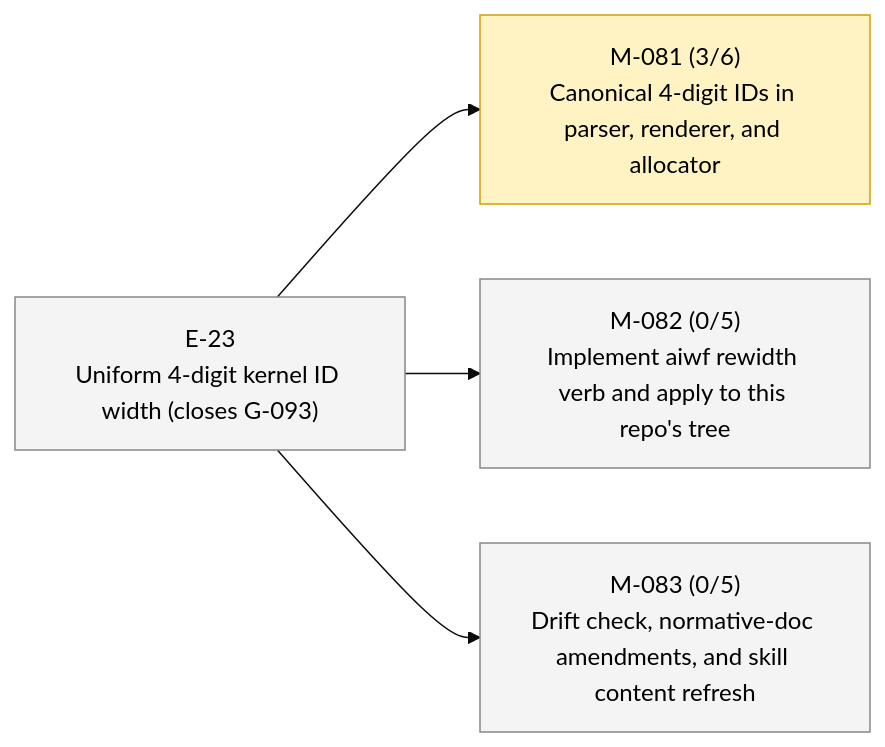
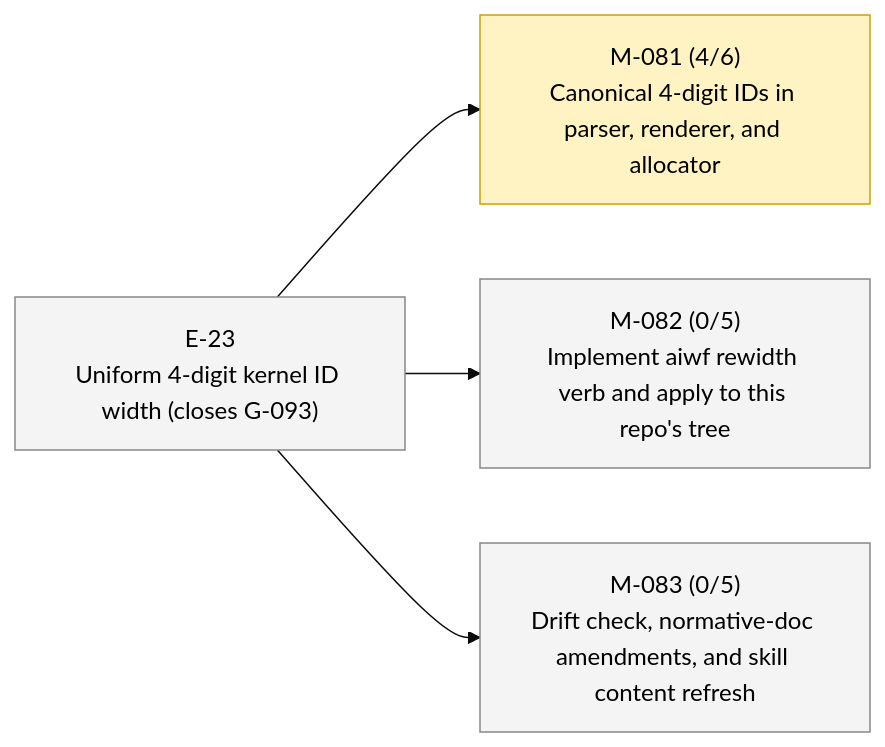
One commit to 23min/aiwf changed the second of 2 diagrams in STATUS.md. Above: the diagram before and after it, drawn with Mermaid (base theme). The commit also changed other lines of this file and 1 other file, not shown here.

````diff
--- a/STATUS.md
+++ b/STATUS.md
@@ -47,16 +47,16 @@
 ```mermaid
 flowchart LR
   E_23["E-23<br/>Uniform 4-digit kernel ID width (closes G-093)"]:::epic_proposed
-  M_081["M-081 (3/6)<br/>Canonical 4-digit IDs in parser, renderer, and allocator"]:::ms_in_progress
+  M_081["M-081 (4/6)<br/>Canonical 4-digit IDs in parser, renderer, and allocator"]:::ms_in_progress
   E_23 --> M_081
   M_082["M-082 (0/5)<br/>Implement aiwf rewidth verb and apply to this repo's tree"]:::ms_draft
   E_23 --> M_082
   M_083["M-083 (0/5)<br/>Drift check, normative-doc amendments, and skill content refresh"]:::ms_draft
   E_23 --> M_083
   classDef epic_active fill:#d6eaff,stroke:#1a73e8,color:#000
   classDef epic_proposed fill:#f4f4f4,stroke:#888,color:#000
   classDef ms_done fill:#d8f5d8,stroke:#2a8a2a,color:#000
   classDef ms_in_progress fill:#fff3c4,stroke:#caa400,color:#000
   classDef ms_draft fill:#f4f4f4,stroke:#888,color:#000
   classDef ms_cancelled fill:#fbeaea,stroke:#c33,color:#000
 ```
````
